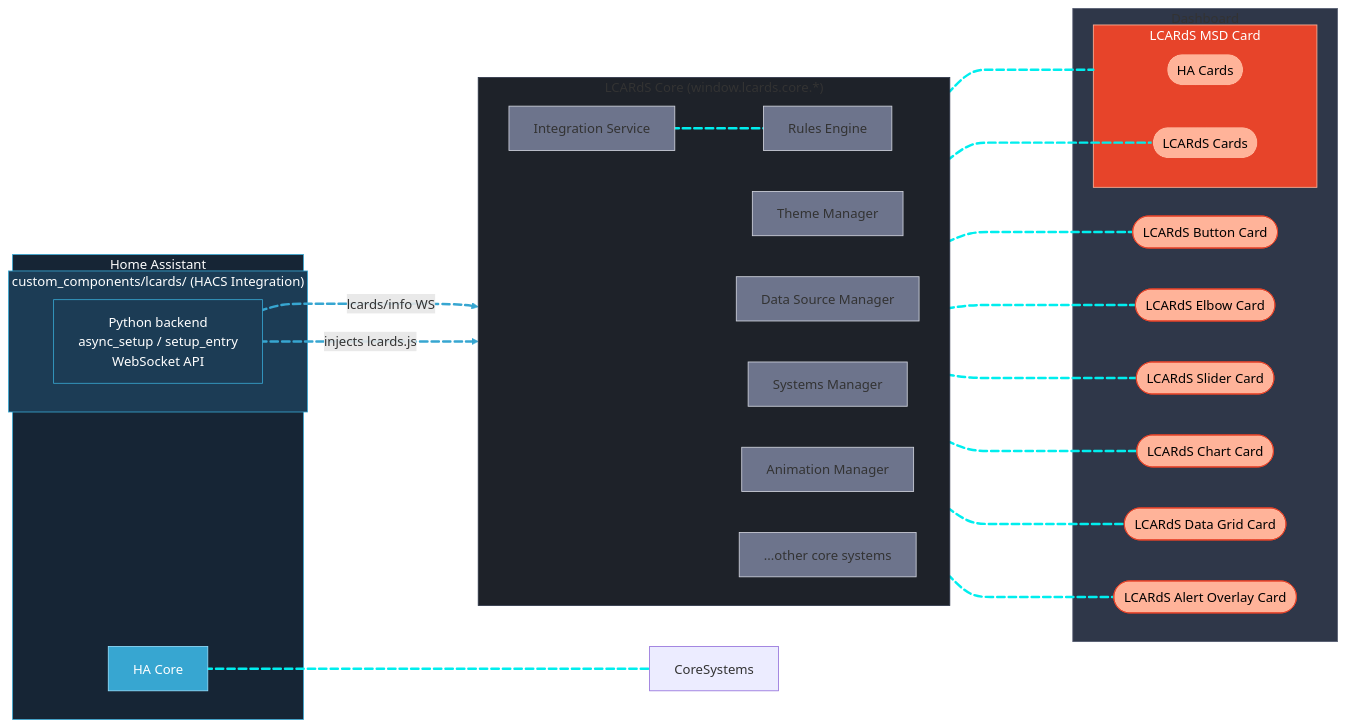
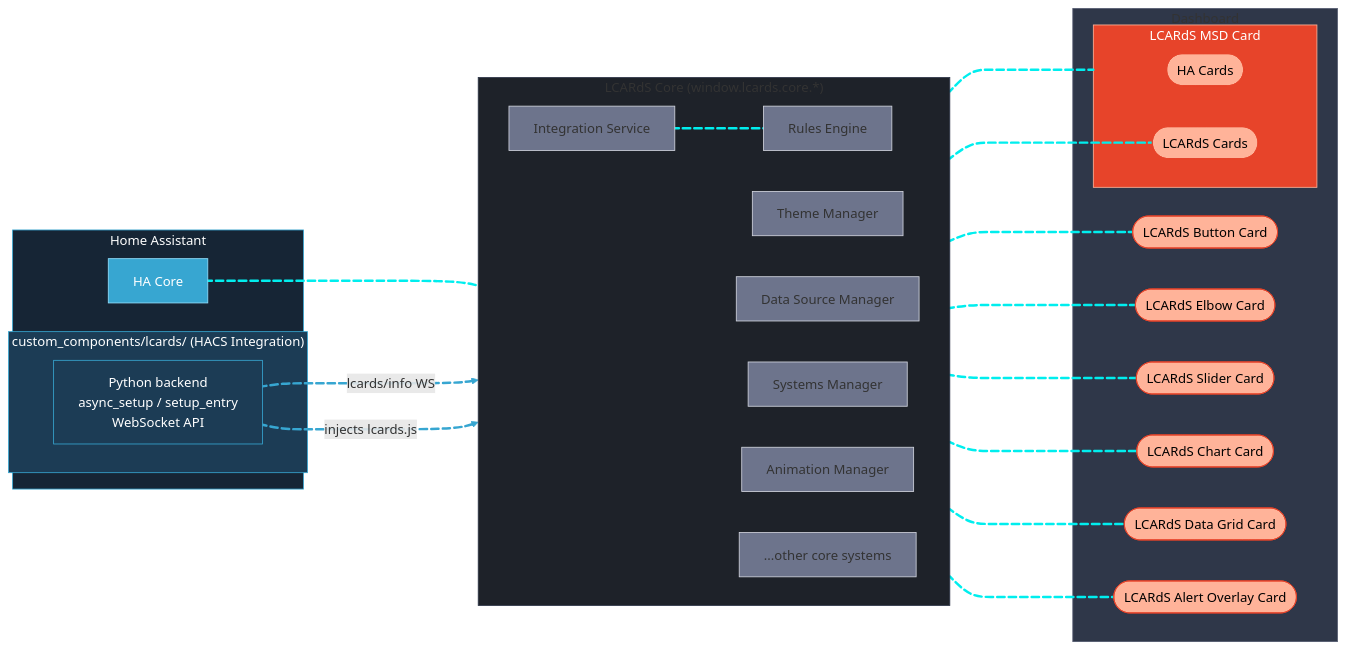
One commit to snootched/lcards changed the first of 2 diagrams in doc/architecture/systems-arch.md. Above: the diagram before and after it, drawn with Mermaid. The commit also changed other lines of this file and 56 other files, not shown here.

First line of the commit message:
docs: audit and fix architecture/developer docs against source, patch 3 latent bugs found along the way

````diff
--- a/doc/architecture/systems-arch.md
+++ b/doc/architecture/systems-arch.md
@@ -5,75 +5,75 @@
 ```mermaid
 graph LR
     subgraph HA["Home Assistant"]
         HACore[HA Core]
         subgraph Integration["custom_components/lcards/ (HACS Integration)"]
             IntPy["Python backend\nasync_setup / setup_entry\nWebSocket API"]:::integrationStyle
         end
     end
 
     subgraph CORE["LCARdS Core (window.lcards.core.*)"]
         direction LR
         CoreIntSvc[Integration Service]:::coreStyle
         CoreRules[Rules Engine]:::coreStyle
         CoreThemes[Theme Manager]:::coreStyle
         CoreData[Data Source Manager]:::coreStyle
         CoreSystemsMgr[Systems Manager]:::coreStyle
         CoreAnim[Animation Manager]:::coreStyle
         CoreOther[...other core systems]:::coreStyle
     end
 
     subgraph DASHBOARD["Dashboard"]
         Button([LCARdS Button Card]):::lcardsStyle
         Elbow(["LCARdS Elbow Card"]):::lcardsStyle
         Slider([LCARdS Slider Card]):::lcardsStyle
         Chart([LCARdS Chart Card]):::lcardsStyle
         Grid([LCARdS Data Grid Card]):::lcardsStyle
         AlertOverlay([LCARdS Alert Overlay Card]):::lcardsStyle
         subgraph MSD[LCARdS MSD Card]
             Card1([HA Cards]):::lcardsStyle
             MSDLCARdS([LCARdS Cards]):::lcardsStyle
         end
     end
 
     IntPy 0@-..->|"injects lcards.js"| CORE
-    HACore 1@-..-CoreSystems
+    HACore 1@-..-CoreSystemsMgr
     IntPy 2@-..->|"lcards/info WS"| CoreIntSvc
     CoreIntSvc 3@-.- CoreRules
     CORE 4@-...- Button
     CORE 5@-.- Slider
     CORE 6@-.- Chart
     CORE 7@-.- Elbow
     CORE 8@-.- Grid
     CORE 9@-.- AlertOverlay
     CORE 10@-.- MSD
     CORE 11@-.- MSDLCARdS
 
     0@{ animate: slow }
     1@{ animate: slow }
     2@{ animate: slow }
     3@{ animate: slow }
     4@{ animate: slow }
     5@{ animate: slow }
     6@{ animate: slow }
     7@{ animate: slow }
     8@{ animate: slow }
     9@{ animate: slow }
     10@{ animate: slow }
     11@{ animate: slow }
 
     linkStyle 0,2 stroke:#37a6d1,stroke-width:3px
     linkStyle 1,3,4,5,6,7,8,9,10,11 stroke:#00eeee,stroke-width:3px
 
     classDef lcardsStyle fill:#ffb399,stroke:#e7442a,color:#000
     classDef coreStyle fill:#6d748c,stroke:#d2d5df
     classDef integrationStyle fill:#1c3c55,stroke:#37a6d1,color:#fff
 
     style HA fill:#162535,stroke:#37a6d1,color:#fff
     style Integration fill:#1c3c55,stroke:#37a6d1,color:#fff
     style HACore fill:#37a6d1,stroke:#93e1ff,color:#fff
 
     style CORE fill:#1e2229,stroke:#2f3749
 
     style DASHBOARD fill:#2f3749,stroke:#52596e
     style MSD fill:#e7442a,stroke:#ffb399,color:#fff
 ```
````
